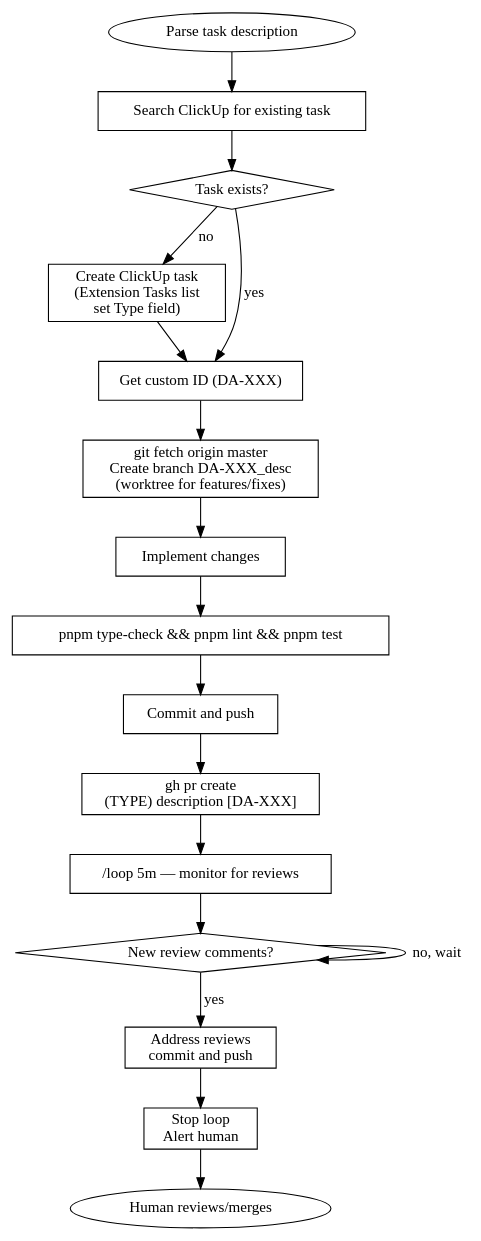
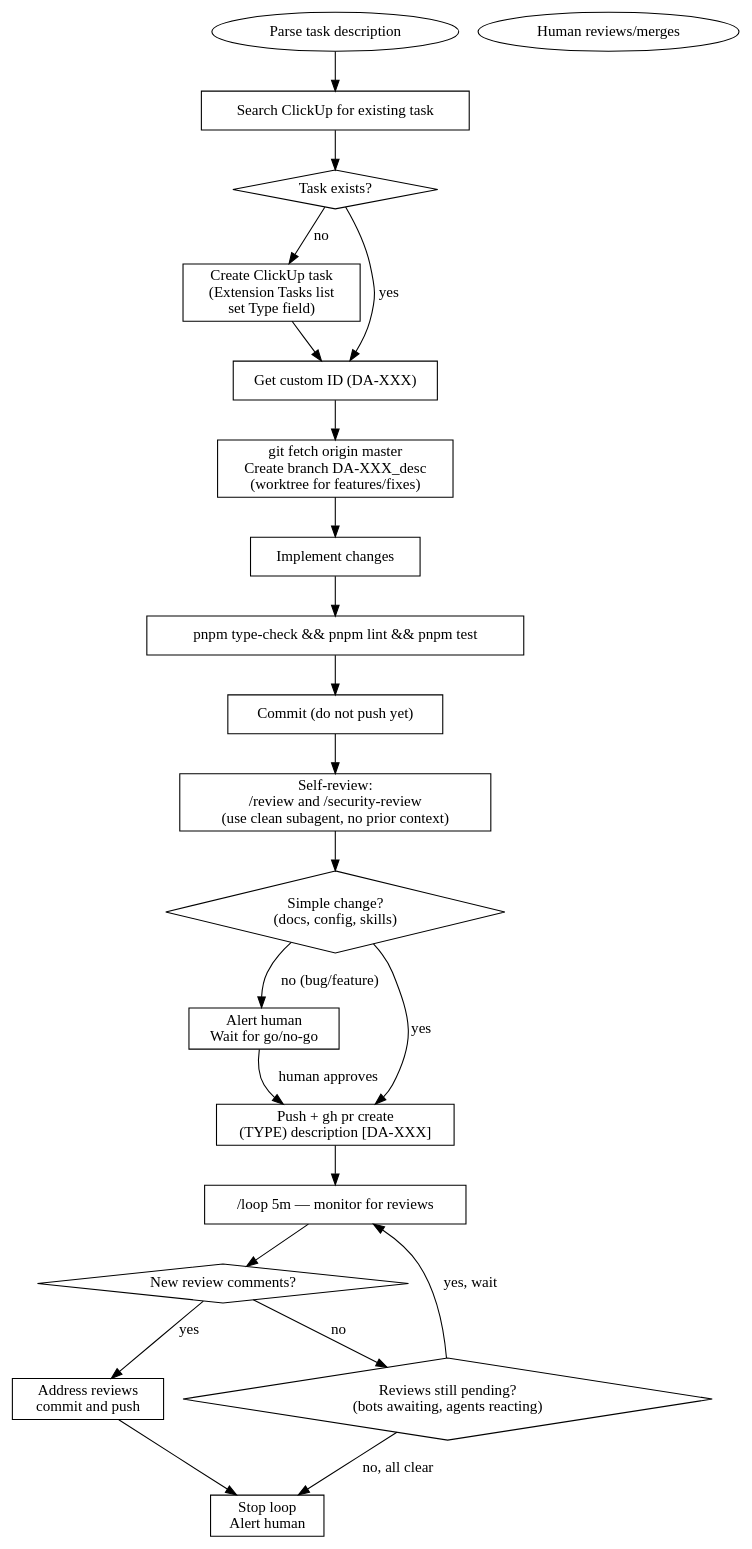
Before and after one commit to Mr-Quin/danmaku-anywhere: the diagram in .claude/skills/da-dev.md, drawn with Graphviz. The commit also changed other lines of this file, not shown here.

First line of the commit message:
Add self-review gate, human gate, and smarter loop stop conditions

````diff
--- a/.claude/skills/da-dev.md
+++ b/.claude/skills/da-dev.md
@@ -18,39 +18,48 @@
 ```dot
 digraph dev_workflow {
   rankdir=TB;
   node [shape=box];
 
   start [label="Parse task description" shape=ellipse];
   find_task [label="Search ClickUp for existing task"];
   has_task [label="Task exists?" shape=diamond];
   create_task [label="Create ClickUp task\n(Extension Tasks list\nset Type field)"];
   get_id [label="Get custom ID (DA-XXX)"];
   branch [label="git fetch origin master\nCreate branch DA-XXX_desc\n(worktree for features/fixes)"];
   implement [label="Implement changes"];
   verify [label="pnpm type-check && pnpm lint && pnpm test"];
-  commit [label="Commit and push"];
-  create_pr [label="gh pr create\n(TYPE) description [DA-XXX]"];
+  commit [label="Commit (do not push yet)"];
+  review [label="Self-review:\n/review and /security-review\n(use clean subagent, no prior context)"];
+  is_simple [label="Simple change?\n(docs, config, skills)" shape=diamond];
+  human_gate [label="Alert human\nWait for go/no-go"];
+  create_pr [label="Push + gh pr create\n(TYPE) description [DA-XXX]"];
   loop [label="/loop 5m — monitor for reviews"];
   reviews [label="New review comments?" shape=diamond];
+  pending [label="Reviews still pending?\n(bots awaiting, agents reacting)" shape=diamond];
   address [label="Address reviews\ncommit and push"];
   stop [label="Stop loop\nAlert human"];
   done [label="Human reviews/merges" shape=ellipse];
 
   start -> find_task;
   find_task -> has_task;
   has_task -> get_id [label="yes"];
   has_task -> create_task [label="no"];
   create_task -> get_id;
   get_id -> branch;
   branch -> implement;
   implement -> verify;
   verify -> commit;
-  commit -> create_pr;
+  commit -> review;
+  review -> is_simple;
+  is_simple -> create_pr [label="yes"];
+  is_simple -> human_gate [label="no (bug/feature)"];
+  human_gate -> create_pr [label="human approves"];
   create_pr -> loop;
   loop -> reviews;
   reviews -> address [label="yes"];
-  reviews -> reviews [label="no, wait"];
+  reviews -> pending [label="no"];
+  pending -> loop [label="yes, wait"];
+  pending -> stop [label="no, all clear"];
   address -> stop;
-  stop -> done;
 }
 ```
````
